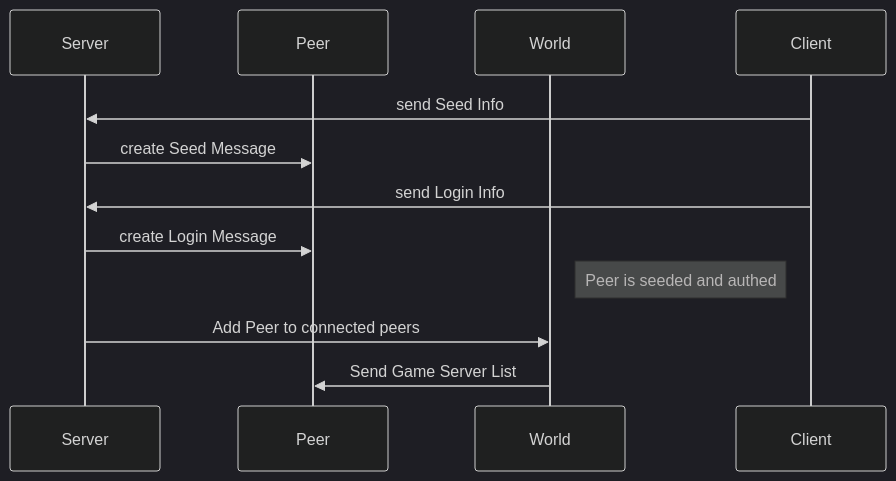
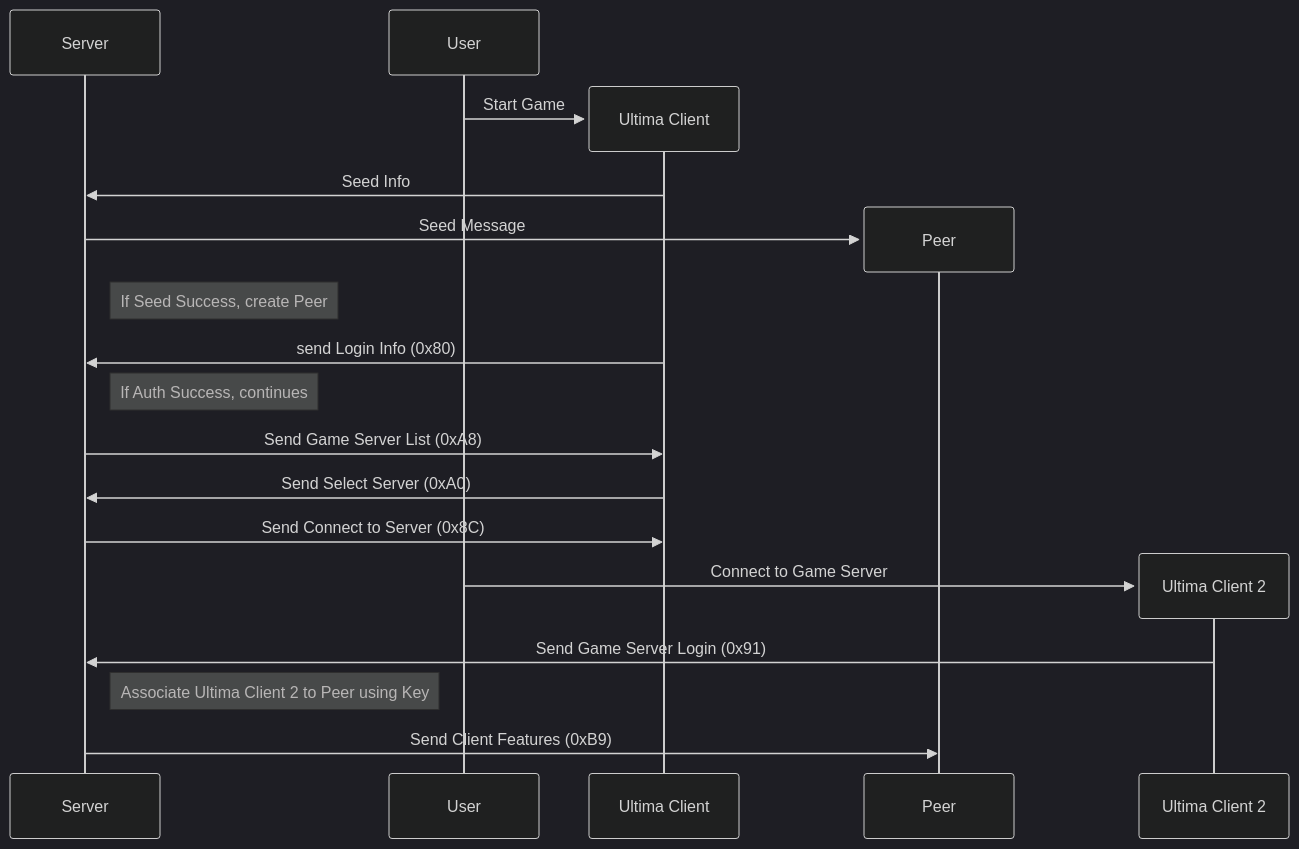
One commit to nathanlabel1983/guo changed the diagram in documentation/packet_flow.md. Above: the diagram before and after it, drawn with Mermaid (dark theme). The commit also changed 2 other files, not shown here.

````diff
--- a/documentation/packet_flow.md
+++ b/documentation/packet_flow.md
@@ -5,16 +5,23 @@
 ```mermaid
 sequenceDiagram
     participant Server
-    participant Peer
-    participant World
-    participant Client
+    participant User
 
-    Client ->> Server: send Seed Info
-    Server ->> Peer: create Seed Message
-    Client ->> Server: send Login Info
-    Server ->> Peer: create Login Message
-    Note right of World: Peer is seeded and authed
-    Server ->> World: Add Peer to connected peers
-    World ->> Peer: Send Game Server List
+    create participant Ultima Client
+    User ->> Ultima Client: Start Game
+    Ultima Client ->> Server: Seed Info
+    create participant Peer
+    Server ->> Peer: Seed Message
+    Note right of Server: If Seed Success, create Peer
+    Ultima Client ->> Server: send Login Info (0x80)
+    Note right of Server: If Auth Success, continues
+    Server ->> Ultima Client: Send Game Server List (0xA8)
+    Ultima Client ->> Server: Send Select Server (0xA0)
+    Server ->> Ultima Client: Send Connect to Server (0x8C)
+    create participant Ultima Client 2
+    User ->> Ultima Client 2: Connect to Game Server
+    Ultima Client 2 ->> Server: Send Game Server Login (0x91)
+    Note right of Server: Associate Ultima Client 2 to Peer using Key
+    Server ->> Peer: Send Client Features (0xB9)
 
 ```
````
